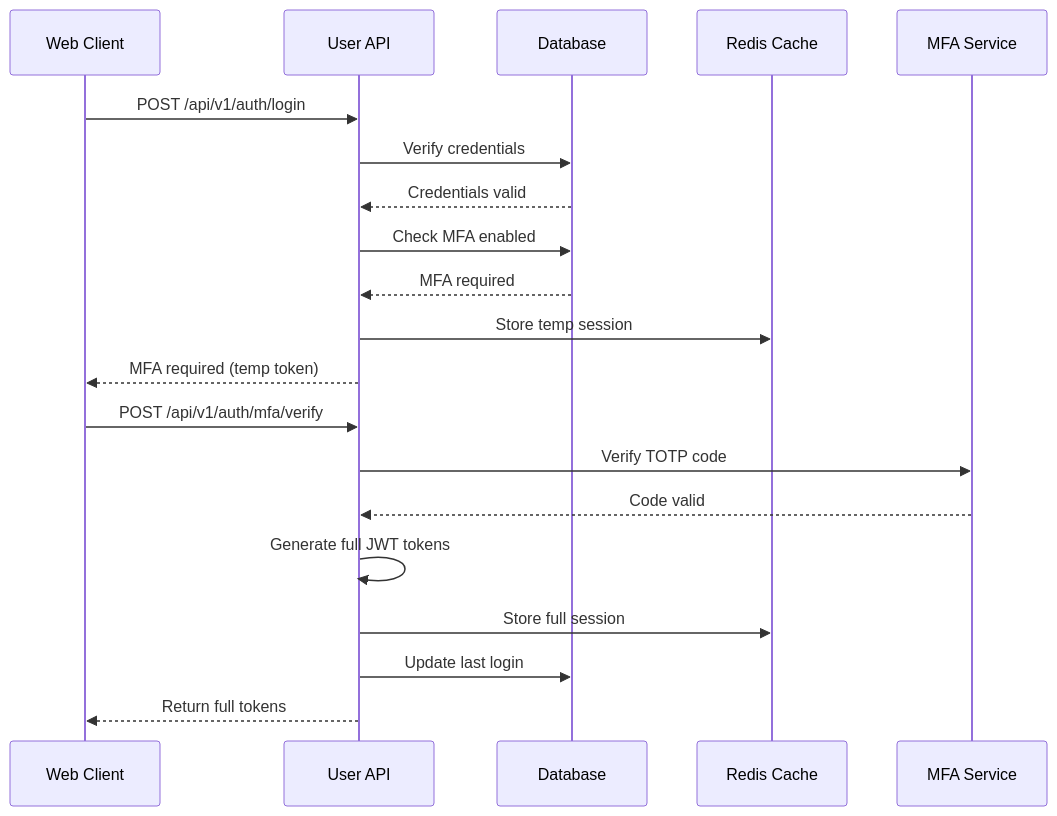
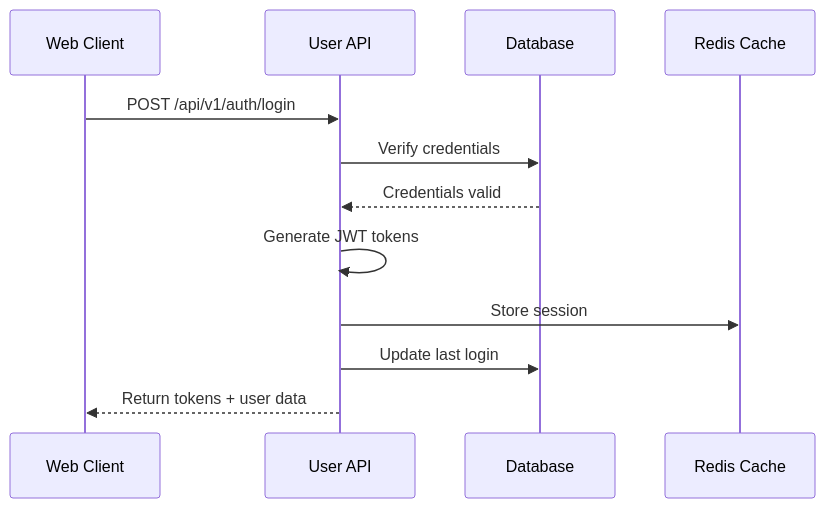
Before and after one commit to VisioBook-ESP/docs-architecture: the third of 4 diagrams in docs/api/core-user-service.md, drawn with Mermaid. The commit also changed other lines of this file and 3 other files, not shown here.

````diff
--- a/docs/api/core-user-service.md
+++ b/docs/api/core-user-service.md
@@ -826,23 +717,15 @@
 ```mermaid
 sequenceDiagram
     participant Client as Web Client
     participant API as User API
     participant DB as Database
     participant Redis as Redis Cache
-    participant MFA as MFA Service
 
     Client->>API: POST /api/v1/auth/login
     API->>DB: Verify credentials
     DB-->>API: Credentials valid
-    API->>DB: Check MFA enabled
-    DB-->>API: MFA required
-    API->>Redis: Store temp session
-    API-->>Client: MFA required (temp token)
-    Client->>API: POST /api/v1/auth/mfa/verify
-    API->>MFA: Verify TOTP code
-    MFA-->>API: Code valid
-    API->>API: Generate full JWT tokens
-    API->>Redis: Store full session
+    API->>API: Generate JWT tokens
+    API->>Redis: Store session
     API->>DB: Update last login
-    API-->>Client: Return full tokens
+    API-->>Client: Return tokens + user data
 ```
````
